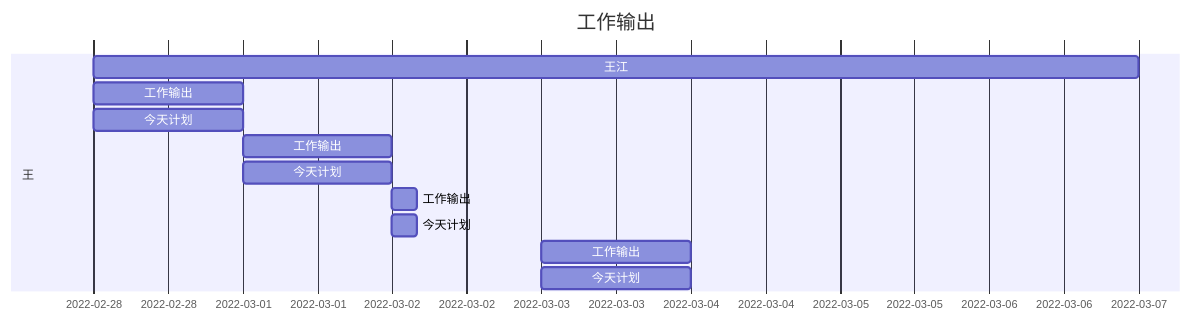
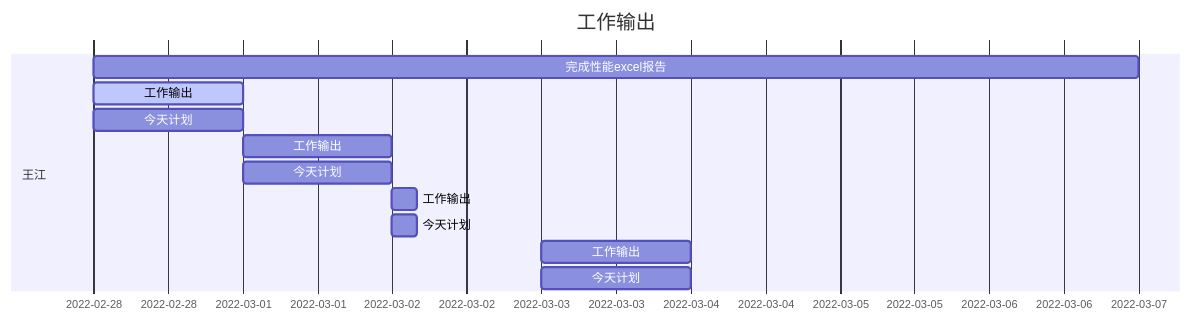
One commit to DC-Melo/README changed the first of 2 diagrams in README.md. Above: the diagram before and after it, drawn with Mermaid. The commit also changed other lines of this file, not shown here.

````diff
--- a/README.md
+++ b/README.md
@@ -73,17 +73,17 @@
 ```mermaid
 gantt
     dateFormat  YYYY-MM-DD
     title 工作输出
 
-    section 王
-    王江           : weekplan  , 2022-02-28 , 1w
-    工作输出       : monp  , 2022-02-28 , 1d
+    section 王江
+    完成性能excel报告  : weekplan  , 2022-02-28 , 1w
+    工作输出       : active, monp  , 2022-02-28 , 1d
     今天计划       : monf  , 2022-02-28 , 1d
     工作输出       : Tuep  , 2022-03-01 , 1d
     今天计划       : Tuef  , 2022-03-01 , 1d
     工作输出       : Wedp  , 2022-03-02 , 4h
     今天计划       : Wedf  , 2022-03-02 , 4h
     工作输出       : Thup  , 2022-03-03 , 1d
     今天计划       : Thuf  , 2022-03-03 , 1d
 
 ```
````
